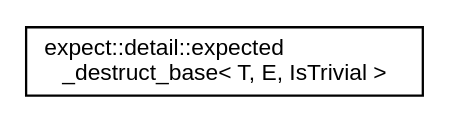
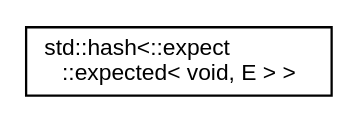
Before and after one commit to bitwizeshift/result: the diagram in api/latest/inherit_graph_9.dot, drawn with Graphviz. The commit also changed 198 other files, not shown here.

```diff
--- a/api/latest/inherit_graph_9.dot
+++ b/api/latest/inherit_graph_9.dot
@@ -1,7 +1,7 @@
 digraph "Graphical Class Hierarchy"
 {
   edge [fontname="Helvetica",fontsize="10",labelfontname="Helvetica",labelfontsize="10"];
   node [fontname="Helvetica",fontsize="10",shape=record];
   rankdir="LR";
-  Node0 [label="expect::detail::expected\l_destruct_base\< T, E, IsTrivial \>",height=0.2,width=0.4,color="black", fillcolor="white", style="filled",URL="$d4/d8f/structexpect_1_1detail_1_1expected__destruct__base.html",tooltip="A base class template for expected guarantees trivial types have a trivial destructor. "];
+  Node0 [label="std::hash\<::expect\l::expected\< void, E \> \>",height=0.2,width=0.4,color="black", fillcolor="white", style="filled",URL="$da/d14/structstd_1_1hash_3_1_1expect_1_1expected_3_01void_00_01_e_01_4_01_4.html"];
 }
```
